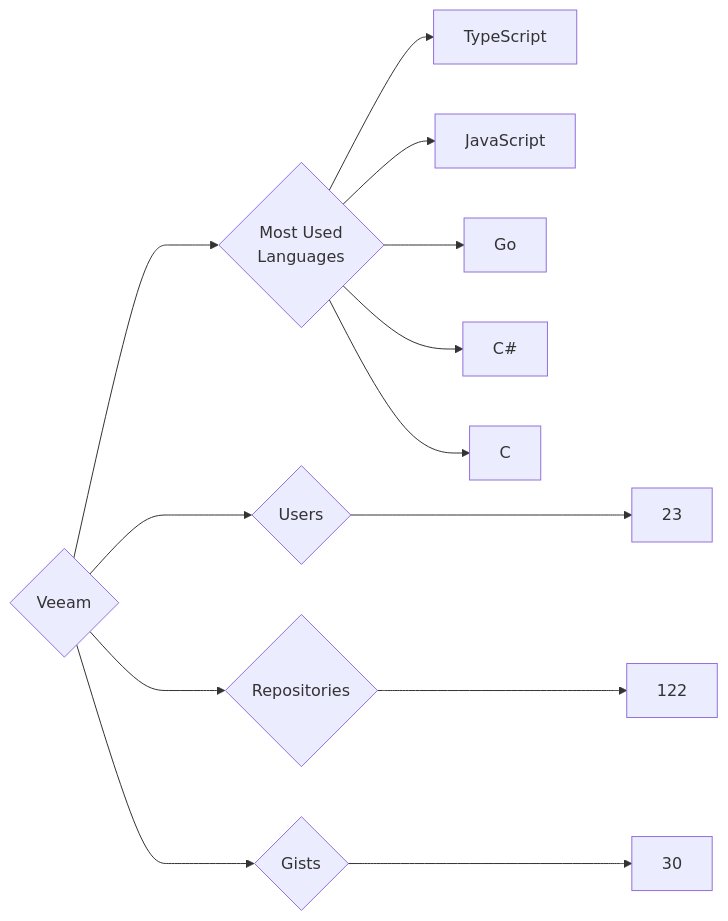
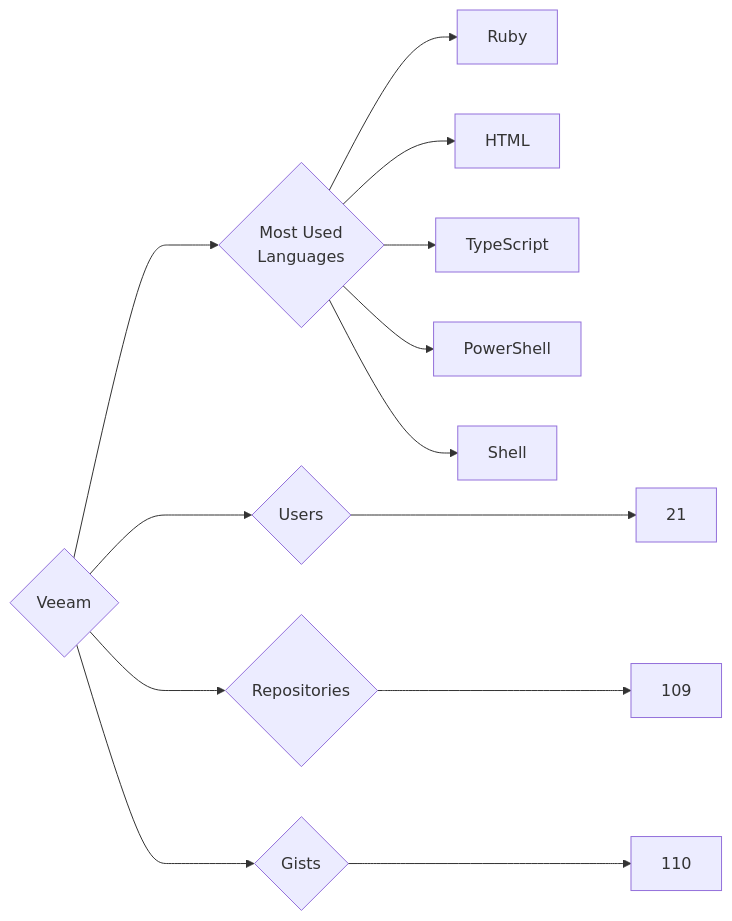
One commit to trickest/insiders changed the diagram in targets/Veeam/README.md. Above: the diagram before and after it, drawn with Mermaid. The commit also changed 871 other files, not shown here.

````diff
--- a/targets/Veeam/README.md
+++ b/targets/Veeam/README.md
@@ -3,13 +3,13 @@
 ```mermaid
 graph LR
 COMPANY_NAME{Veeam}
-COMPANY_NAME ---> U{Users} ---> UN[23]
-COMPANY_NAME ---> R{Repositories} ---> RN[122]
-COMPANY_NAME ---> G{Gists} ---> GN[30]
+COMPANY_NAME ---> U{Users} ---> UN[21]
+COMPANY_NAME ---> R{Repositories} ---> RN[109]
+COMPANY_NAME ---> G{Gists} ---> GN[110]
 COMPANY_NAME ---> ML{Most Used<br>Languages}
+ML --> Ruby[Ruby]
+ML --> HTML[HTML]
 ML --> TypeScript[TypeScript]
-ML --> JavaScript[JavaScript]
-ML --> Go[Go]
-ML --> C#[C#]
-ML --> C[C]
+ML --> PowerShell[PowerShell]
+ML --> Shell[Shell]
 ```
````
